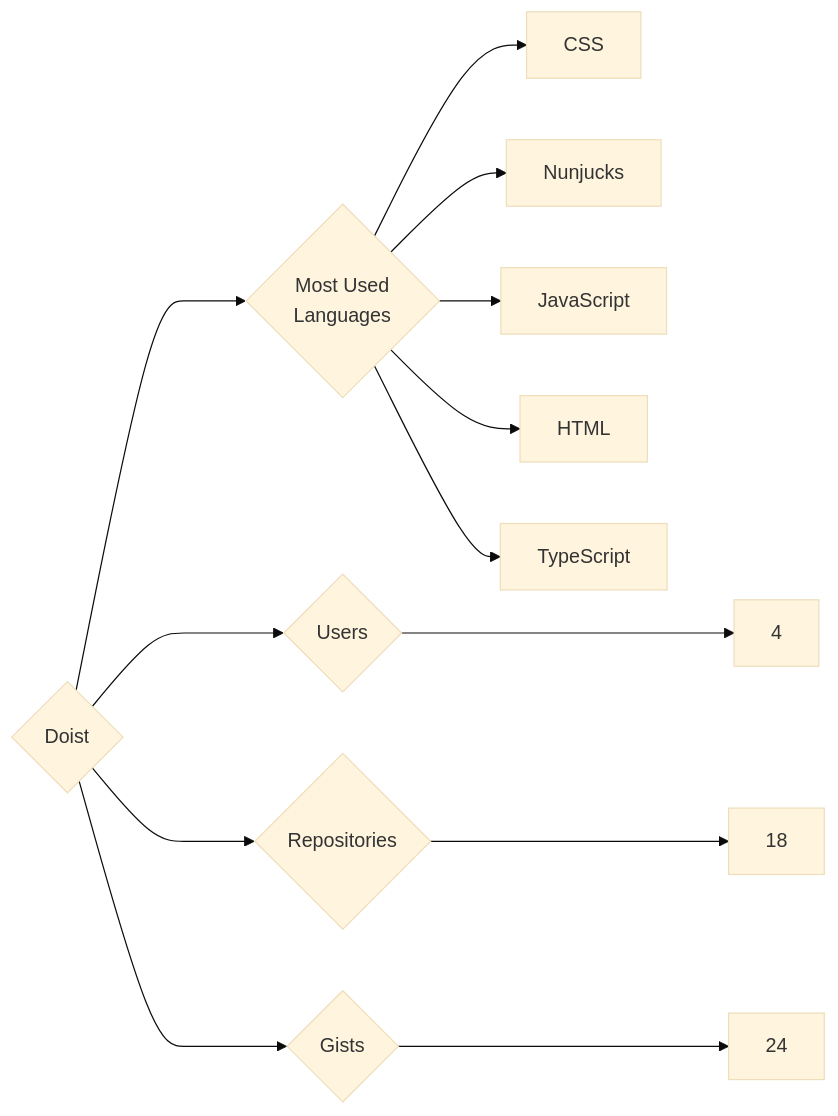
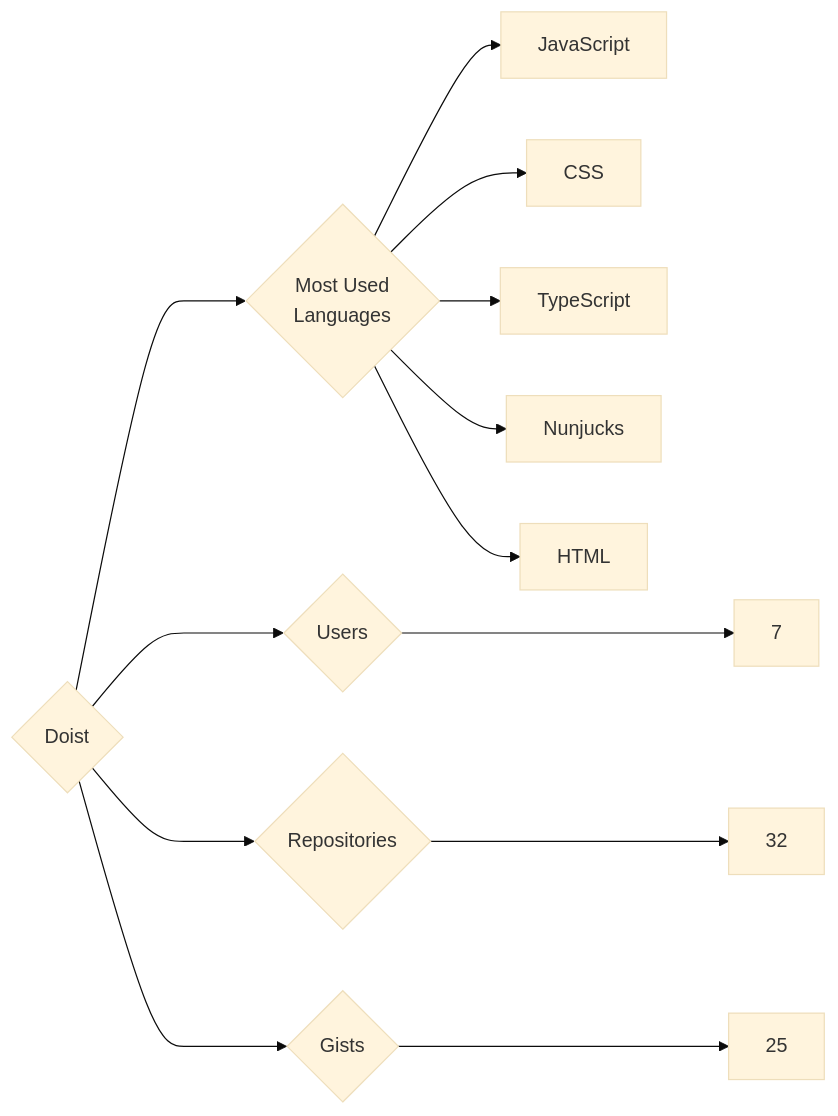
Before and after one commit to trickest/insiders: the diagram in targets/Doist/README.md, drawn with Mermaid (base theme). The commit also changed 880 other files, not shown here.

````diff
--- a/targets/Doist/README.md
+++ b/targets/Doist/README.md
@@ -3,13 +3,13 @@
 ```mermaid
 graph LR
 COMPANY_NAME{Doist}
-COMPANY_NAME ---> U{Users} ---> UN[4]
-COMPANY_NAME ---> R{Repositories} ---> RN[18]
-COMPANY_NAME ---> G{Gists} ---> GN[24]
+COMPANY_NAME ---> U{Users} ---> UN[7]
+COMPANY_NAME ---> R{Repositories} ---> RN[32]
+COMPANY_NAME ---> G{Gists} ---> GN[25]
 COMPANY_NAME ---> ML{Most Used<br>Languages}
+ML --> JavaScript[JavaScript]
 ML --> CSS[CSS]
+ML --> TypeScript[TypeScript]
 ML --> Nunjucks[Nunjucks]
-ML --> JavaScript[JavaScript]
 ML --> HTML[HTML]
-ML --> TypeScript[TypeScript]
 ```
````
